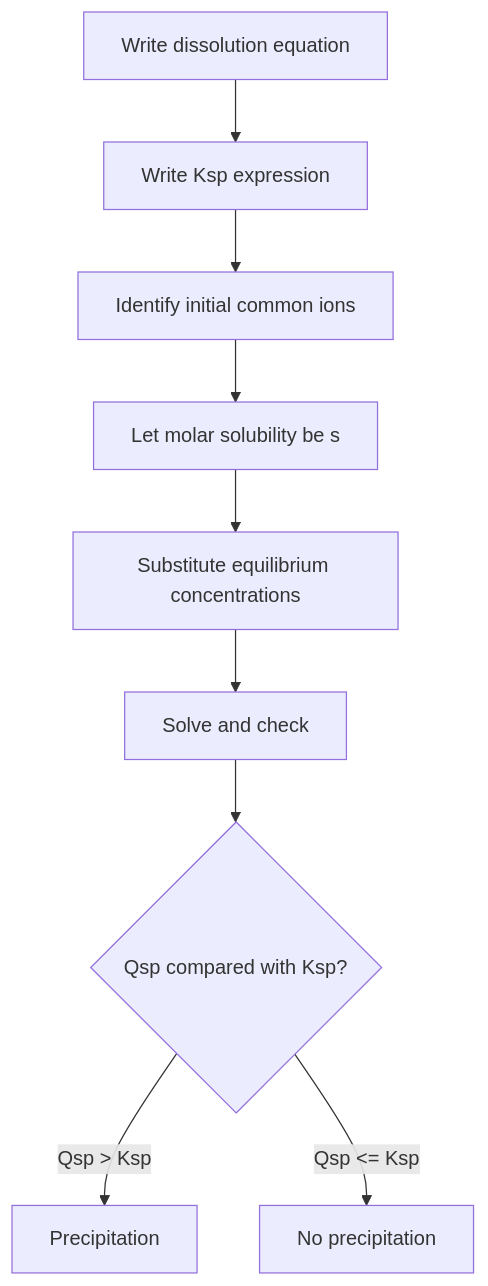
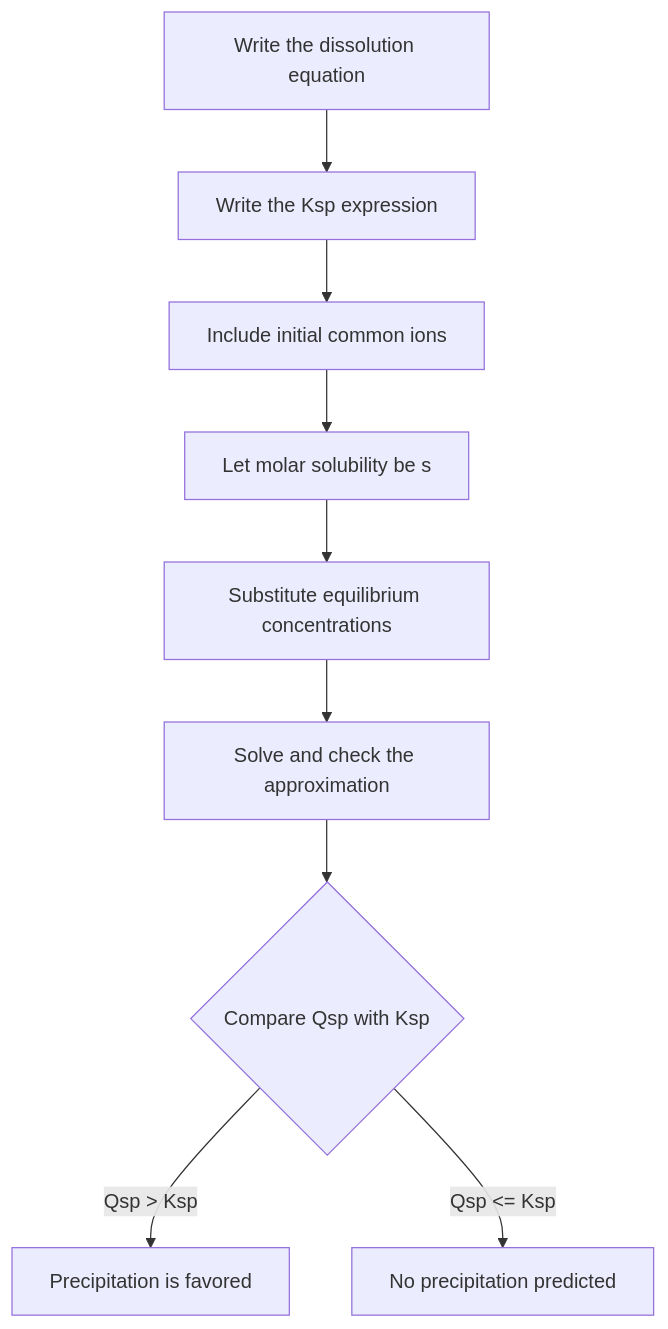
The diagram in docs/chemistry/general/solubility-and-complex-ion-equilibria.md (justinbrianhwang/SJ-wiki), drawn with Mermaid before and after one commit. The commit also changed other lines of this file and 955 other files, not shown here.

````diff
--- a/docs/chemistry/general/solubility-and-complex-ion-equilibria.md
+++ b/docs/chemistry/general/solubility-and-complex-ion-equilibria.md
@@ -56,11 +36,11 @@
 ```mermaid
 flowchart TD
-  A[Write dissolution equation] --> B[Write Ksp expression]
-  B --> C[Identify initial common ions]
+  A[Write the dissolution equation] --> B[Write the Ksp expression]
+  B --> C[Include initial common ions]
   C --> D[Let molar solubility be s]
   D --> E[Substitute equilibrium concentrations]
-  E --> F[Solve and check]
-  F --> G{"Qsp compared with Ksp?"}
-  G -->|"Qsp > Ksp"| H[Precipitation]
-  G -->|"Qsp <= Ksp"| I[No precipitation]
+  E --> F[Solve and check the approximation]
+  F --> G{"Compare Qsp with Ksp"}
+  G -->|"Qsp > Ksp"| H[Precipitation is favored]
+  G -->|"Qsp <= Ksp"| I[No precipitation predicted]
 ```
````
